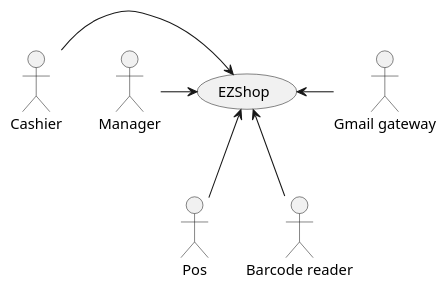
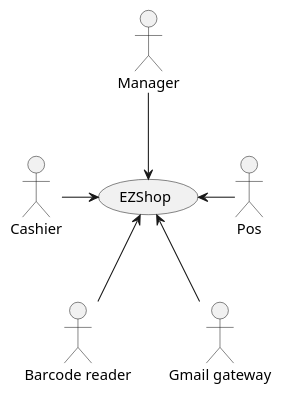
One commit to giuseppesalvi/ezshop changed the first of 4 diagrams in Deliverables/RequirementsDocument.md. Above: the diagram before and after it, drawn with PlantUML. The commit also changed other lines of this file, not shown here.

Commit message:
updated use case diagram, deployment diagram, minor changes

````diff
--- a/Deliverables/RequirementsDocument.md
+++ b/Deliverables/RequirementsDocument.md
@@ -57,12 +57,12 @@
 ```plantuml
-actor Manager as a
+actor Manager as m
 actor Cashier as c
 actor Pos as p
 actor "Barcode reader" as b
 actor "Gmail gateway" as g
-(EZShop) <-left- a
+(EZShop) <-up- m
 (EZShop) <-left- c
-(EZShop) <-- p
-(EZShop) <-- b
-(EZShop) <-right- g
+(EZShop) <-right- p
+(EZShop) <-down- b
+(EZShop) <-down- g
 ```
````
